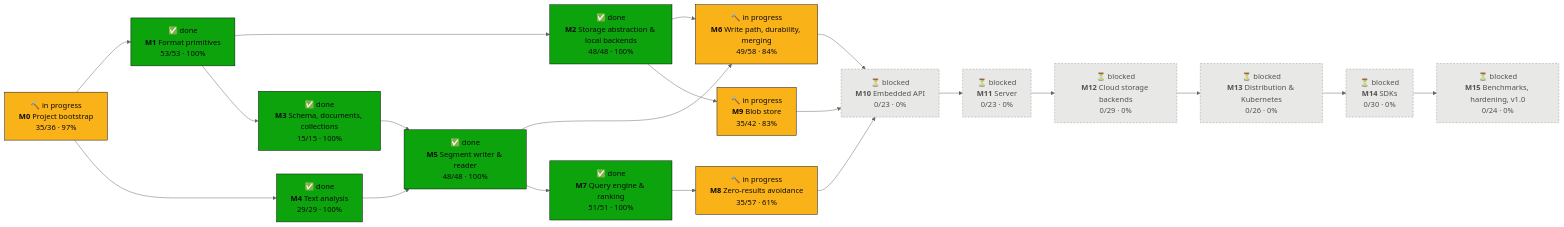
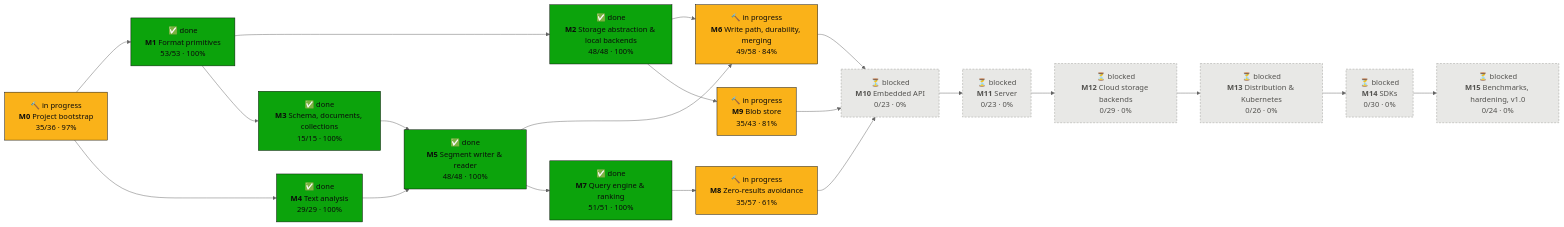
One commit to tomiok/persiaDB changed the first of 2 diagrams in PROGRESS.md. Above: the diagram before and after it, drawn with Mermaid (neutral theme). The commit also changed other lines of this file and 5 other files, not shown here.

Commit message:
docs(persia): SPEC refresh ordering and the GC window, CHANGELOG, ROADMAP 9.2.16 (v1.0)

````diff
--- a/PROGRESS.md
+++ b/PROGRESS.md
@@ -16,42 +16,42 @@
 ```mermaid
 flowchart LR
   M0["🔨 in progress<br/><b>M0</b> Project bootstrap<br/>35/36 · 97%"]:::doing
   M1["✅ done<br/><b>M1</b> Format primitives<br/>53/53 · 100%"]:::done
   M2["✅ done<br/><b>M2</b> Storage abstraction & local backends<br/>48/48 · 100%"]:::done
   M3["✅ done<br/><b>M3</b> Schema, documents, collections<br/>15/15 · 100%"]:::done
   M4["✅ done<br/><b>M4</b> Text analysis<br/>29/29 · 100%"]:::done
   M5["✅ done<br/><b>M5</b> Segment writer & reader<br/>48/48 · 100%"]:::done
   M6["🔨 in progress<br/><b>M6</b> Write path, durability, merging<br/>49/58 · 84%"]:::doing
   M7["✅ done<br/><b>M7</b> Query engine & ranking<br/>51/51 · 100%"]:::done
   M8["🔨 in progress<br/><b>M8</b> Zero-results avoidance<br/>35/57 · 61%"]:::doing
-  M9["🔨 in progress<br/><b>M9</b> Blob store<br/>35/42 · 83%"]:::doing
+  M9["🔨 in progress<br/><b>M9</b> Blob store<br/>35/43 · 81%"]:::doing
   M10["⏳ blocked<br/><b>M10</b> Embedded API<br/>0/23 · 0%"]:::blocked
   M11["⏳ blocked<br/><b>M11</b> Server<br/>0/23 · 0%"]:::blocked
   M12["⏳ blocked<br/><b>M12</b> Cloud storage backends<br/>0/29 · 0%"]:::blocked
   M13["⏳ blocked<br/><b>M13</b> Distribution & Kubernetes<br/>0/26 · 0%"]:::blocked
   M14["⏳ blocked<br/><b>M14</b> SDKs<br/>0/30 · 0%"]:::blocked
   M15["⏳ blocked<br/><b>M15</b> Benchmarks, hardening, v1.0<br/>0/24 · 0%"]:::blocked
   M0 --> M1
   M1 --> M2
   M1 --> M3
   M0 --> M4
   M3 --> M5
   M4 --> M5
   M2 --> M6
   M5 --> M6
   M5 --> M7
   M7 --> M8
   M2 --> M9
   M6 --> M10
   M8 --> M10
   M9 --> M10
   M10 --> M11
   M11 --> M12
   M12 --> M13
   M13 --> M14
   M14 --> M15
   classDef done fill:#0ca30c,stroke:#0b0b0b,color:#0b0b0b
   classDef doing fill:#fab219,stroke:#0b0b0b,color:#0b0b0b
   classDef ready fill:#fcfcfb,stroke:#0b0b0b,stroke-width:2px,color:#0b0b0b
   classDef blocked fill:#e8e8e6,stroke:#9a9a96,stroke-dasharray:4 3,color:#52514e
 ```
````
